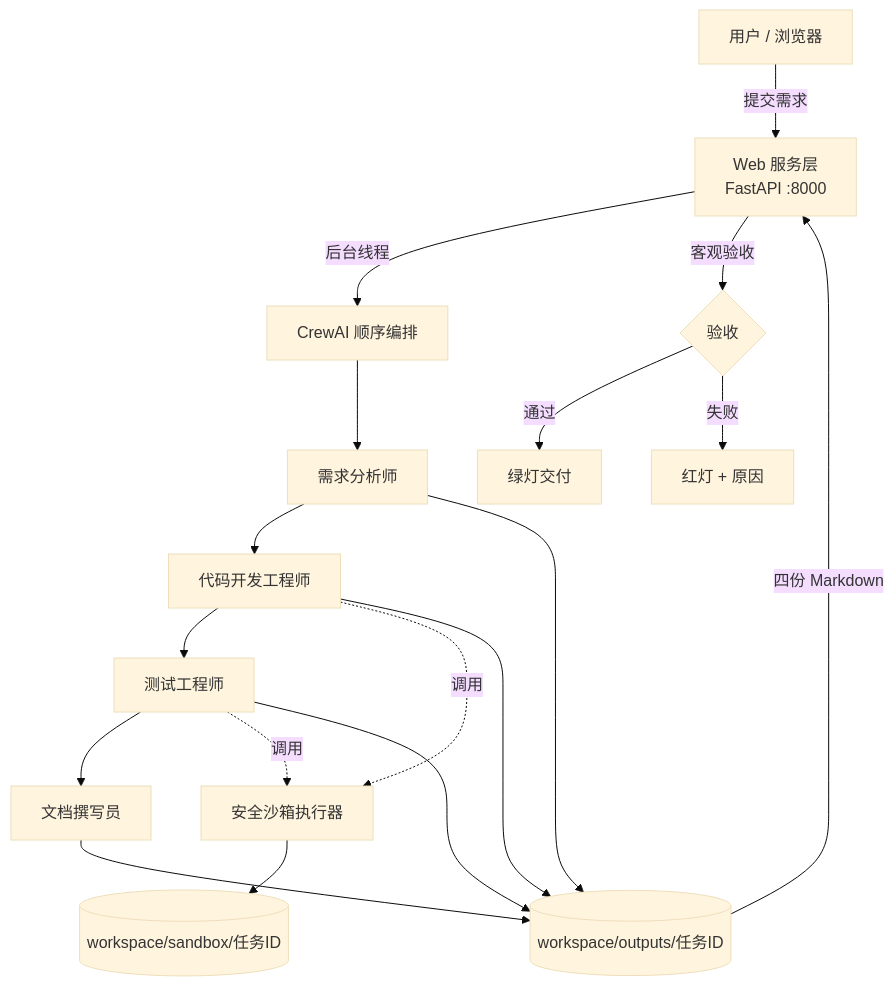
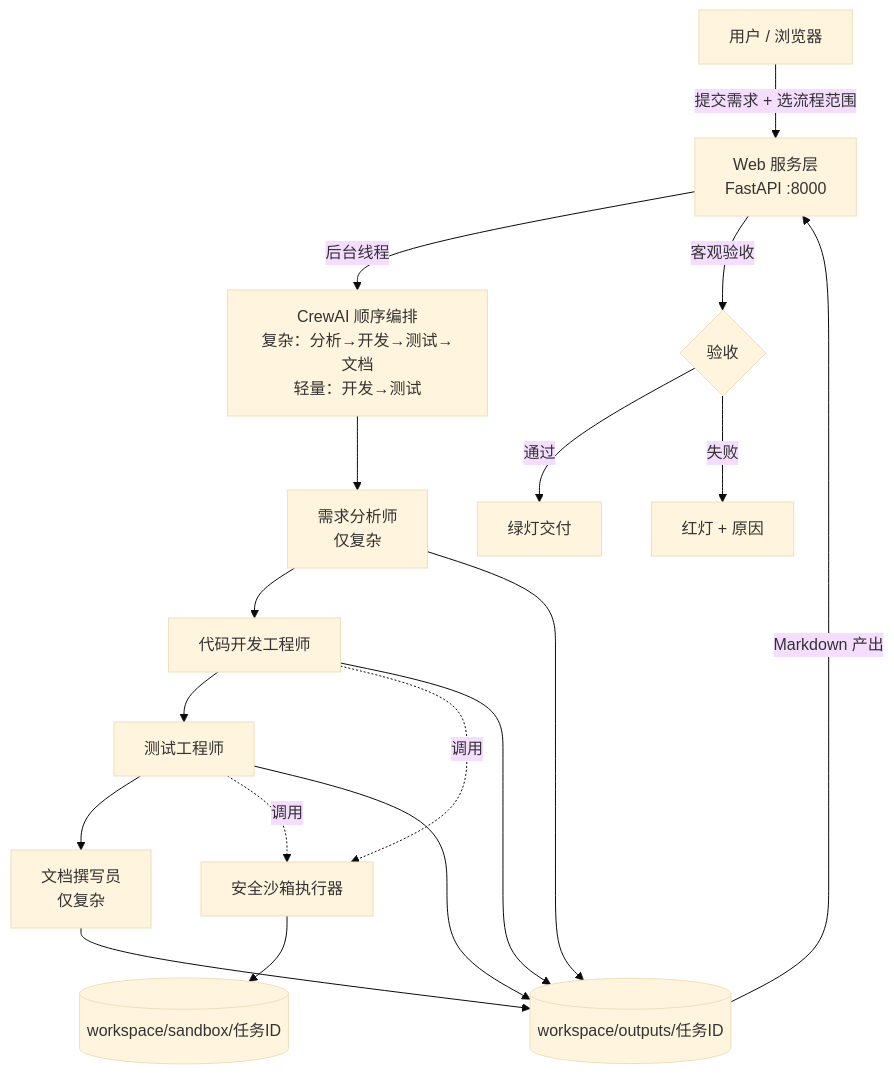
The diagram in PROJECT_SUMMARY.md (1742itm/multi-agent-code-delivery), drawn with Mermaid (base theme) before and after one commit. The commit also changed other lines of this file, not shown here.

````diff
--- a/PROJECT_SUMMARY.md
+++ b/PROJECT_SUMMARY.md
@@ -16,17 +16,17 @@
 ```mermaid
 flowchart TD
-    U[用户 / 浏览器] -->|提交需求| W[Web 服务层<br/>FastAPI :8000]
-    W -->|后台线程| O[CrewAI 顺序编排]
-    O --> A1[需求分析师]
+    U[用户 / 浏览器] -->|提交需求 + 选流程范围| W[Web 服务层<br/>FastAPI :8000]
+    W -->|后台线程| O[CrewAI 顺序编排<br/>复杂：分析→开发→测试→文档<br/>轻量：开发→测试]
+    O --> A1[需求分析师<br/>仅复杂]
     A1 --> A2[代码开发工程师]
     A2 --> A3[测试工程师]
-    A3 --> A4[文档撰写员]
+    A3 --> A4[文档撰写员<br/>仅复杂]
     A2 -.调用.-> S[安全沙箱执行器]
     A3 -.调用.-> S
     S --> SB[(workspace/sandbox/任务ID)]
     A1 & A2 & A3 & A4 --> OUT[(workspace/outputs/任务ID)]
-    OUT -->|四份 Markdown| W
+    OUT -->|Markdown 产出| W
     W -->|客观验收| V{验收}
     V -->|通过| DONE[绿灯交付]
     V -->|失败| FAIL[红灯 + 原因]
 ```
````
